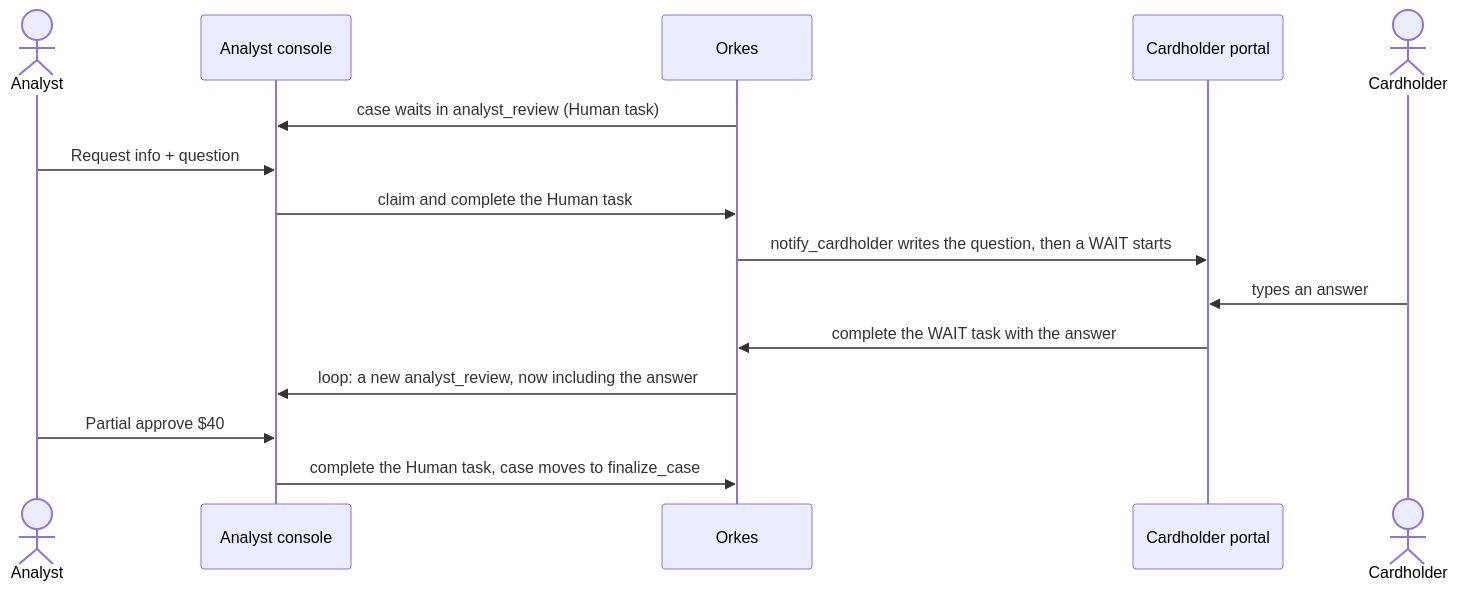
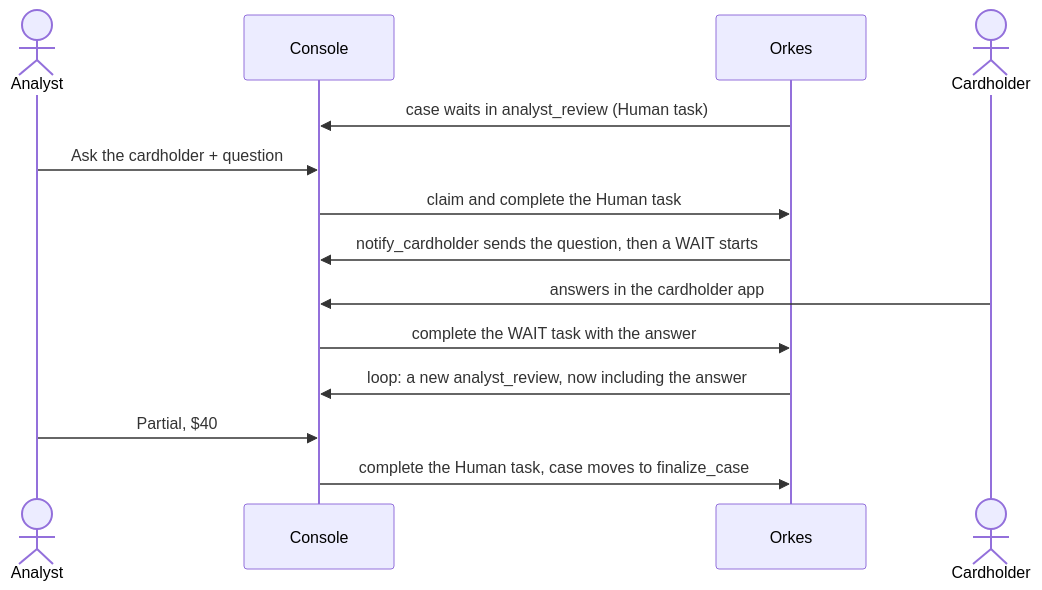
Before and after one commit to mangatrai/conductor-demos: the fifth of 5 diagrams in dispute_demo/README.md, drawn with Mermaid. The commit also changed other lines of this file and 28 other files, not shown here.

First line of the commit message:
dispute_demo: one-screen live console, rules saved in Orkes, new README

````diff
--- a/dispute_demo/README.md
+++ b/dispute_demo/README.md
@@ -150,17 +156,16 @@
 ```mermaid
 sequenceDiagram
   actor Analyst
-  participant Console as Analyst console
+  participant Console
   participant Orkes
-  participant Portal as Cardholder portal
   actor Cardholder
   Orkes->>Console: case waits in analyst_review (Human task)
-  Analyst->>Console: Request info + question
+  Analyst->>Console: Ask the cardholder + question
   Console->>Orkes: claim and complete the Human task
-  Orkes->>Portal: notify_cardholder writes the question, then a WAIT starts
-  Cardholder->>Portal: types an answer
-  Portal->>Orkes: complete the WAIT task with the answer
+  Orkes->>Console: notify_cardholder sends the question, then a WAIT starts
+  Cardholder->>Console: answers in the cardholder app
+  Console->>Orkes: complete the WAIT task with the answer
   Orkes->>Console: loop: a new analyst_review, now including the answer
-  Analyst->>Console: Partial approve $40
+  Analyst->>Console: Partial, $40
   Console->>Orkes: complete the Human task, case moves to finalize_case
 ```
````
